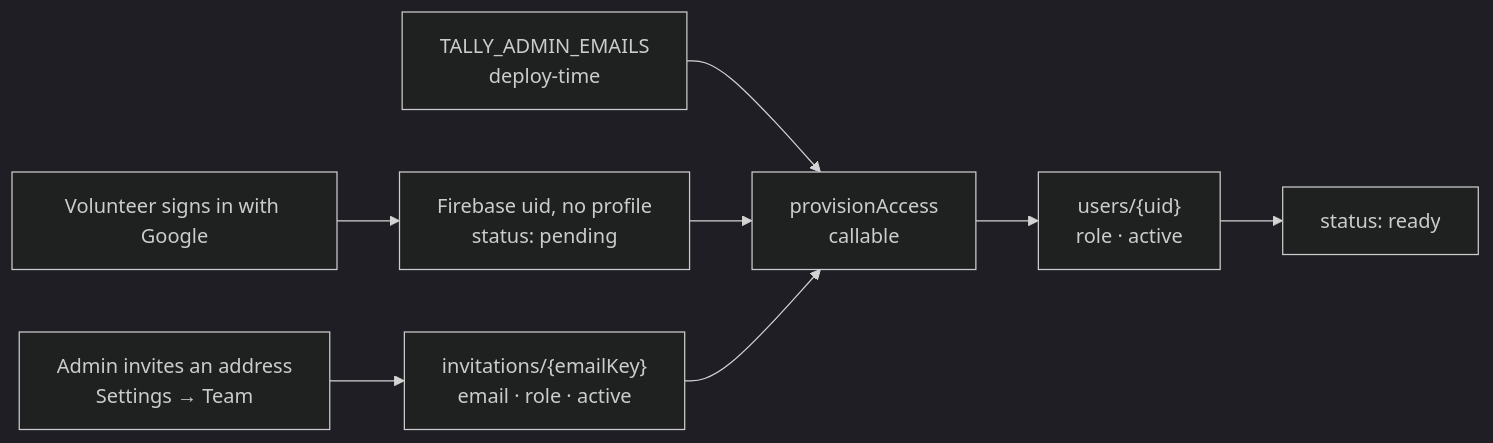
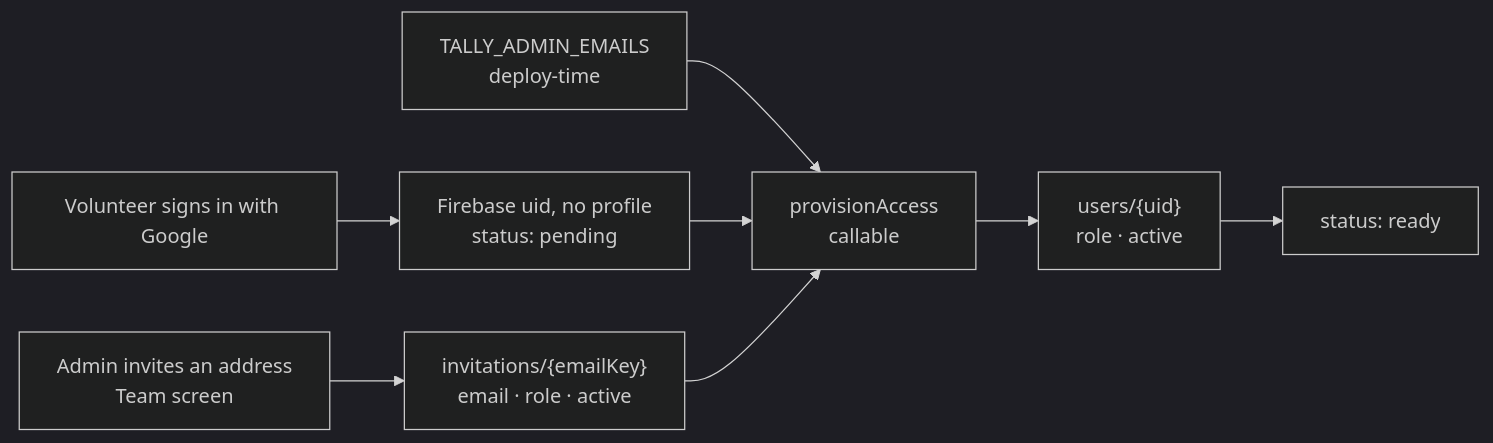
Before and after one commit to vrwarp/tally: the diagram in docs/planning-center.md, drawn with Mermaid (dark theme). The commit also changed other lines of this file and 8 other files, not shown here.

First line of the commit message:
Give the team its own screen instead of the foot of Settings

````diff
--- a/docs/planning-center.md
+++ b/docs/planning-center.md
@@ -506,10 +506,10 @@
 ```mermaid
 flowchart LR
-  A["Admin invites an address<br/>Settings → Team"] --> B["invitations/{emailKey}<br/>email · role · active"]
+  A["Admin invites an address<br/>Team screen"] --> B["invitations/{emailKey}<br/>email · role · active"]
   C["TALLY_ADMIN_EMAILS<br/>deploy-time"] --> F
   D["Volunteer signs in with Google"] --> E["Firebase uid, no profile<br/>status: pending"]
   E --> F["provisionAccess<br/>callable"]
   B --> F
   F --> G["users/{uid}<br/>role · active"]
   G --> H["status: ready"]
 ```
````
